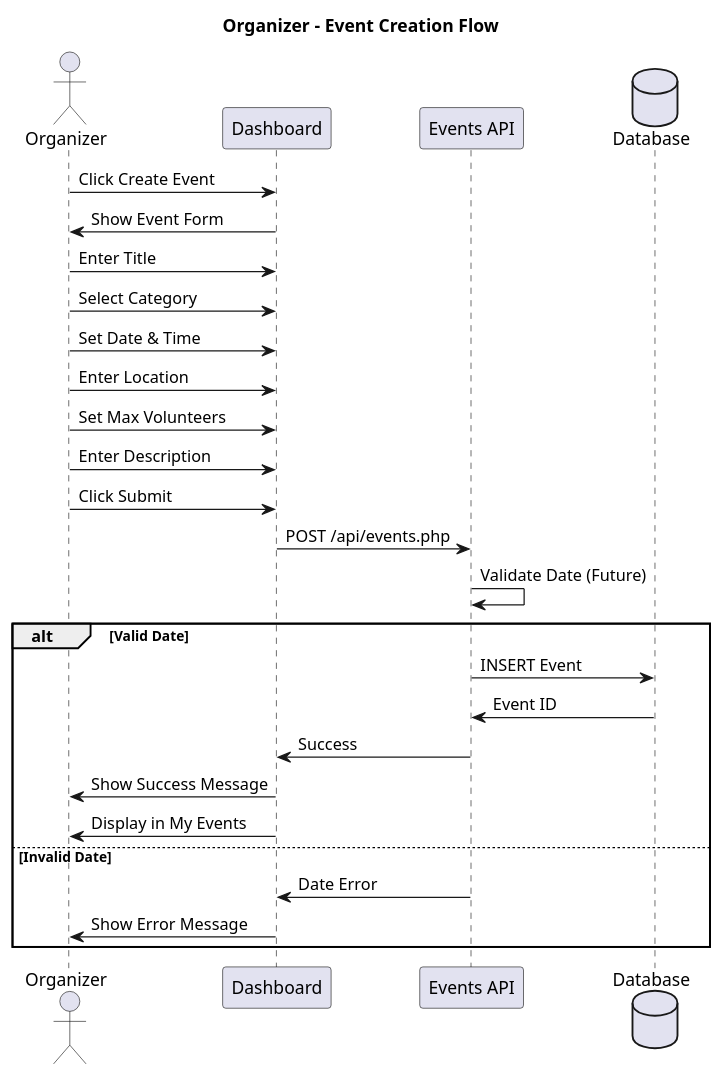
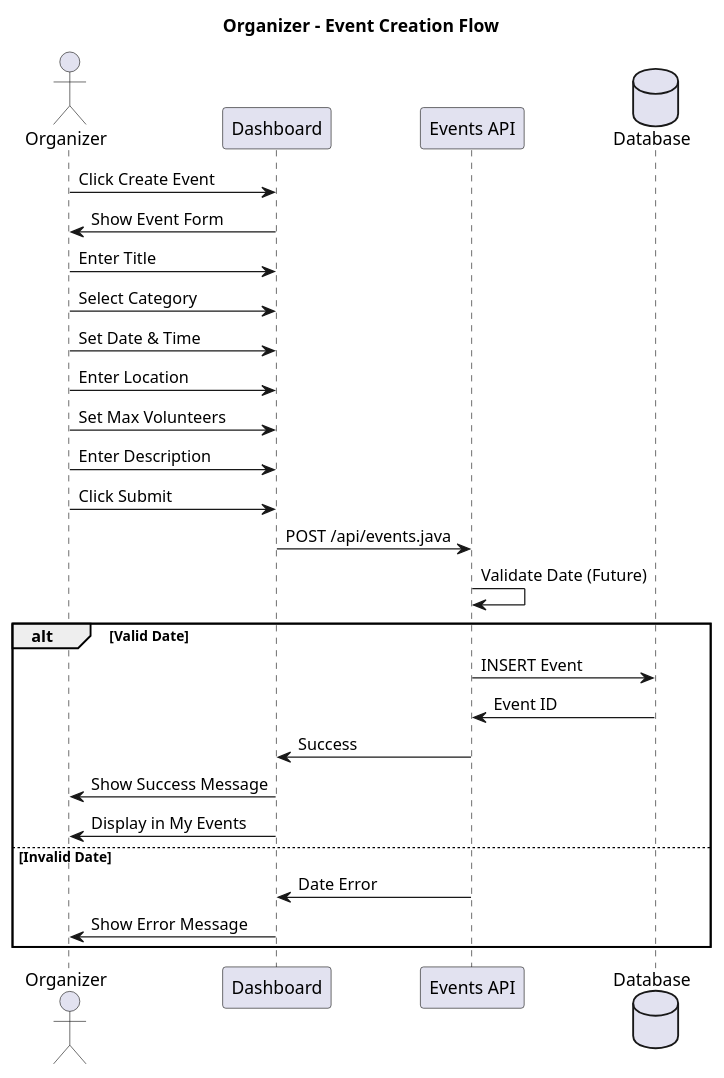
One commit to Llego-250/volunteerHub changed the third of 8 diagrams in flow_diagrams.puml. Above: the diagram before and after it, drawn with PlantUML. The commit also changed other lines of this file, not shown here.

Commit message:
flow diagram

```diff
--- a/flow_diagrams.puml
+++ b/flow_diagrams.puml
@@ -86,34 +86,34 @@
 @startuml
 title Organizer - Event Creation Flow
 
 actor Organizer
 participant "Dashboard" as OD
 participant "Events API" as API
 database "Database" as DB
 
 Organizer -> OD: Click Create Event
 OD -> Organizer: Show Event Form
 
 Organizer -> OD: Enter Title
 Organizer -> OD: Select Category
 Organizer -> OD: Set Date & Time
 Organizer -> OD: Enter Location
 Organizer -> OD: Set Max Volunteers
 Organizer -> OD: Enter Description
 Organizer -> OD: Click Submit
 
-OD -> API: POST /api/events.php
+OD -> API: POST /api/events.java
 API -> API: Validate Date (Future)
 
 alt Valid Date
     API -> DB: INSERT Event
     DB -> API: Event ID
     API -> OD: Success
     OD -> Organizer: Show Success Message
     OD -> Organizer: Display in My Events
 else Invalid Date
     API -> OD: Date Error
     OD -> Organizer: Show Error Message
 end
 
 @enduml
```
